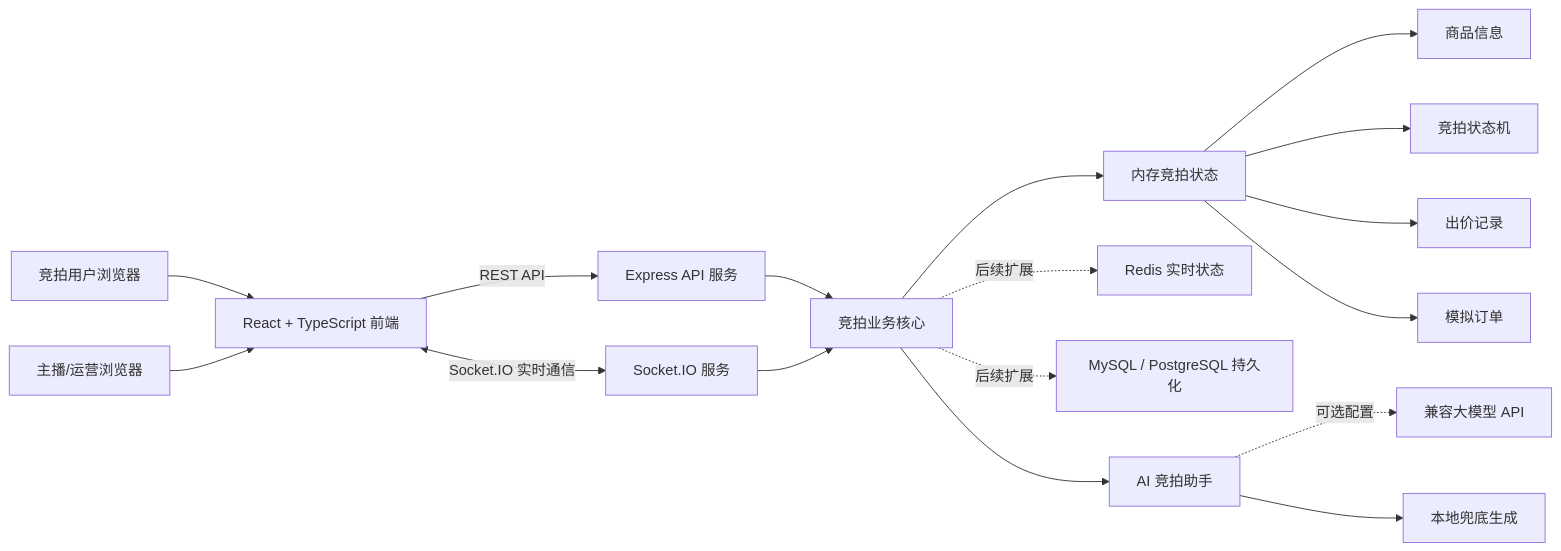
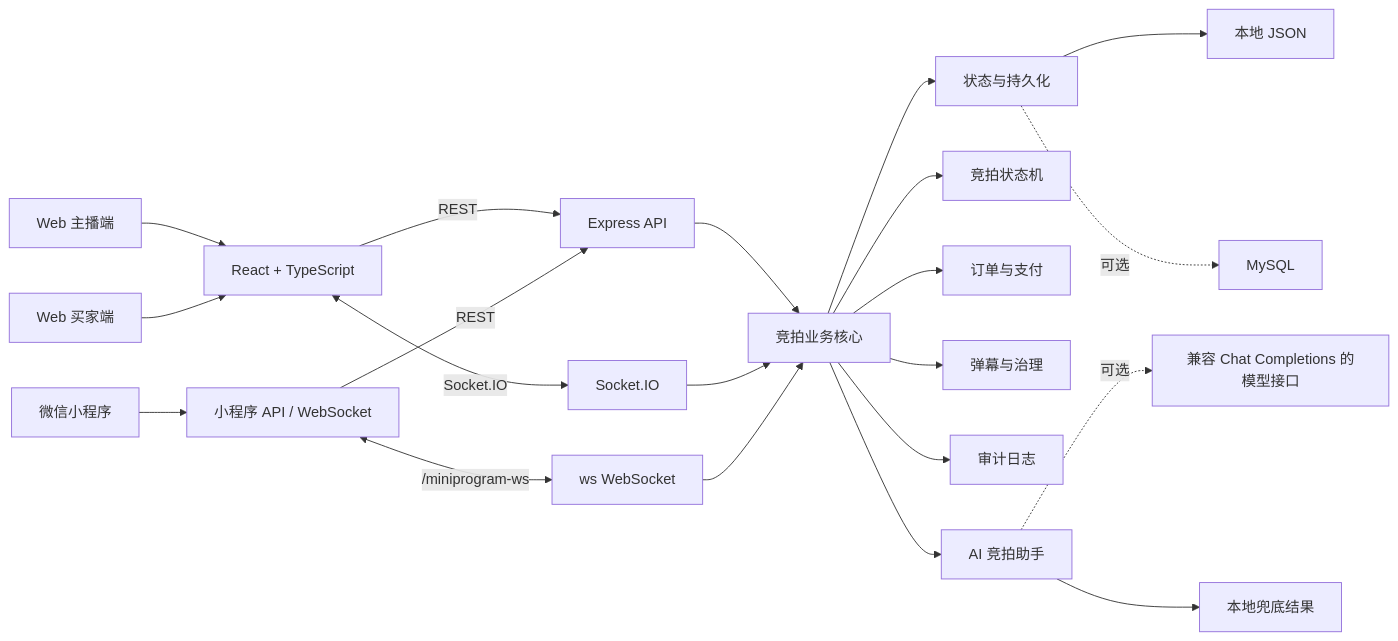
One commit to fafa-zero/realtime-auction-master changed the diagram in docs/final-demo-submission.md. Above: the diagram before and after it, drawn with Mermaid. The commit also changed other lines of this file, not shown here.

````diff
--- a/docs/final-demo-submission.md
+++ b/docs/final-demo-submission.md
@@ -283,23 +316,27 @@
 ```mermaid
 flowchart LR
-  User[竞拍用户浏览器] --> Web[React + TypeScript 前端]
-  Host[主播/运营浏览器] --> Web
+  Host[Web 主播端] --> Web[React + TypeScript]
+  Buyer[Web 买家端] --> Web
+  Mini[微信小程序] --> MiniApi[小程序 API / WebSocket]
 
-  Web -->|REST API| API[Express API 服务]
-  Web <-->|Socket.IO 实时通信| WS[Socket.IO 服务]
+  Web -->|REST| API[Express API]
+  Web <-->|Socket.IO| SIO[Socket.IO]
+  MiniApi -->|REST| API
+  MiniApi <-->|/miniprogram-ws| MWS[ws WebSocket]
 
   API --> Core[竞拍业务核心]
-  WS --> Core
+  SIO --> Core
+  MWS --> Core
 
-  Core --> State[内存竞拍状态]
-  State --> Product[商品信息]
-  State --> Auction[竞拍状态机]
-  State --> Bid[出价记录]
-  State --> Order[模拟订单]
+  Core --> State[状态与持久化]
+  State --> Json[本地 JSON]
+  State -.可选.-> MySQL[MySQL]
 
-  Core -.后续扩展.-> Redis[Redis 实时状态]
-  Core -.后续扩展.-> DB[MySQL / PostgreSQL 持久化]
+  Core --> Auction[竞拍状态机]
+  Core --> Order[订单与支付]
+  Core --> Danmaku[弹幕与治理]
+  Core --> Audit[审计日志]
   Core --> AI[AI 竞拍助手]
-  AI -.可选配置.-> Model[兼容大模型 API]
-  AI --> Fallback[本地兜底生成]
+  AI -.可选.-> Model[兼容 Chat Completions 的模型接口]
+  AI --> Fallback[本地兜底结果]
 ```
````
